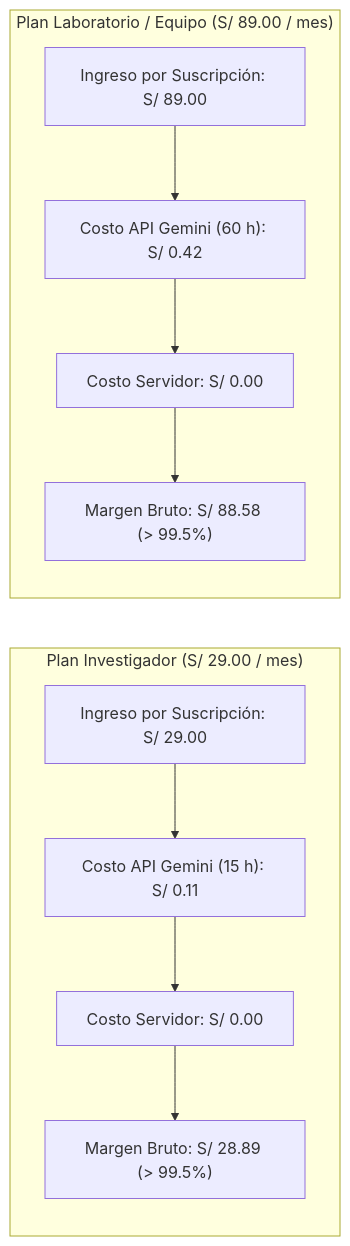
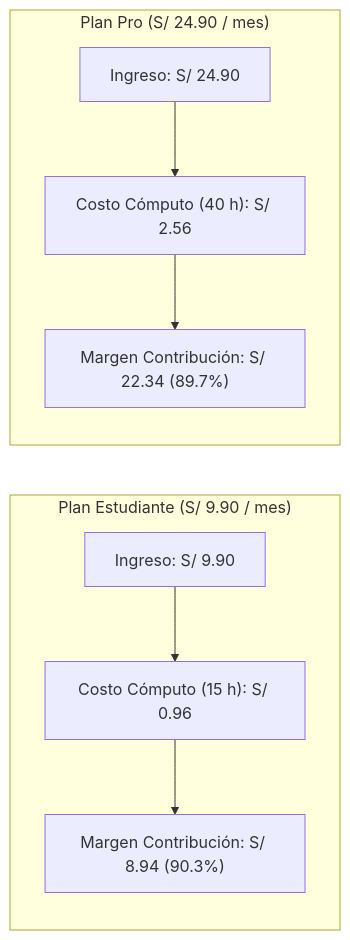
Before and after one commit to rodnm/minuta-app: the diagram in docs/resultados.md, drawn with Mermaid. The commit also changed other lines of this file and 2 other files, not shown here.

````diff
--- a/docs/resultados.md
+++ b/docs/resultados.md
@@ -202,20 +177,18 @@
 ```mermaid
 flowchart LR
-    subgraph Plan_Investigador["Plan Investigador (S/ 29.00 / mes)"]
+    subgraph Plan_Estudiante["Plan Estudiante (S/ 9.90 / mes)"]
         direction TB
-        P1["Ingreso por Suscripción: S/ 29.00"]
-        C1["Costo API Gemini (15 h): S/ 0.11"]
-        S1["Costo Servidor: S/ 0.00"]
-        M1["Margen Bruto: S/ 28.89 (> 99.5%)"]
-        P1 --> C1 --> S1 --> M1
+        PE["Ingreso: S/ 9.90"]
+        CE["Costo Cómputo (15 h): S/ 0.96"]
+        ME["Margen Contribución: S/ 8.94 (90.3%)"]
+        PE --> CE --> ME
     end
 
-    subgraph Plan_Equipo["Plan Laboratorio / Equipo (S/ 89.00 / mes)"]
+    subgraph Plan_Pro["Plan Pro (S/ 24.90 / mes)"]
         direction TB
-        P2["Ingreso por Suscripción: S/ 89.00"]
-        C2["Costo API Gemini (60 h): S/ 0.42"]
-        S2["Costo Servidor: S/ 0.00"]
-        M2["Margen Bruto: S/ 88.58 (> 99.5%)"]
-        P2 --> C2 --> S2 --> M2
+        PP["Ingreso: S/ 24.90"]
+        CP["Costo Cómputo (40 h): S/ 2.56"]
+        MP["Margen Contribución: S/ 22.34 (89.7%)"]
+        PP --> CP --> MP
     end
 ```
````
